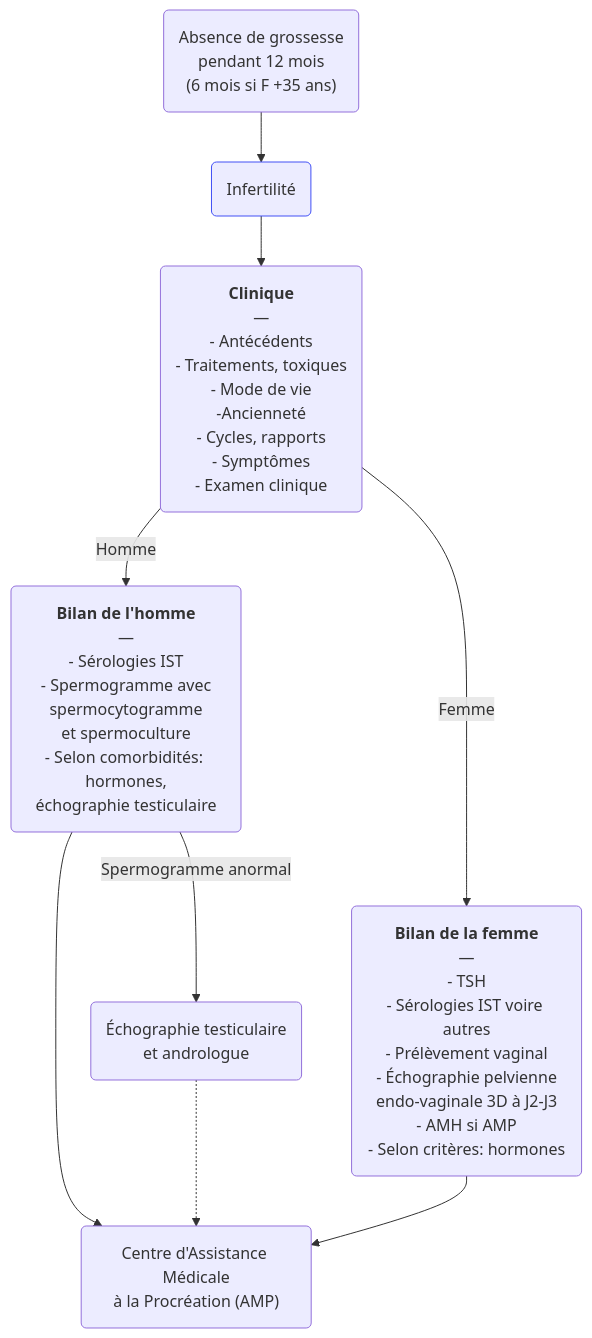
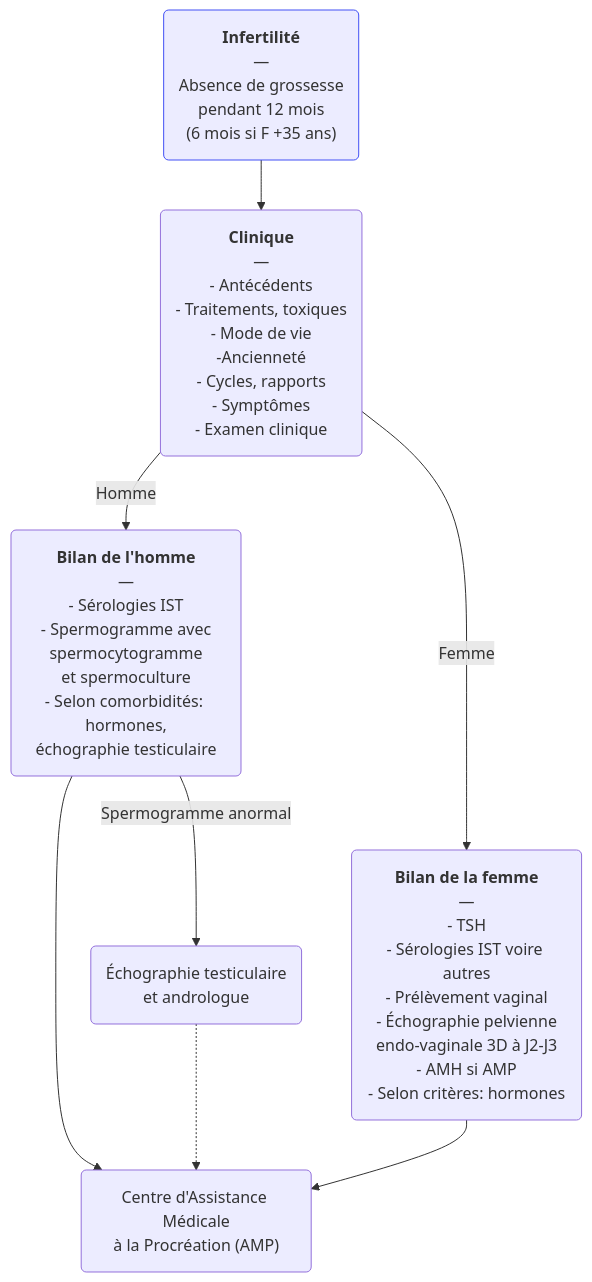
Before and after one commit to djibe/recommandations-medicales: the diagram in content/recommandations/infertilite-couple.md, drawn with Mermaid. The commit also changed 6 other files, not shown here.

```diff
--- a/content/recommandations/infertilite-couple.md
+++ b/content/recommandations/infertilite-couple.md
@@ -260,7 +260,7 @@
 {{< mermaid title="Prise en charge de l'infertilité du couple. Drs Alaedine Benani et JB Fron d'après CNGOF et ESHRE 2023, AFU">}}
 graph TB
-  grossesse("Absence de grossesse<br>pendant 12 mois<br>(6 mois si F +35 ans)") --> diagnostic(Infertilité) --> clinique("<b>Clinique</b><br>—<br>- Antécédents<br>- Traitements, toxiques<br>- Mode de vie<br>-Ancienneté<br>- Cycles, rapports<br>- Symptômes<br>- Examen clinique") -- Homme --> bilan("<b>Bilan de l'homme</b><br>—<br>- Sérologies IST<br>- Spermogramme avec<br>spermocytogramme<br>et spermoculture<br>- Selon comorbidités: hormones,<br>échographie testiculaire") --> AMP("Centre d'Assistance Médicale<br>à la Procréation (AMP)")
+  diagnostic("<b>Infertilité</b><br>—<br>Absence de grossesse<br>pendant 12 mois<br>(6 mois si F +35 ans)") --> clinique("<b>Clinique</b><br>—<br>- Antécédents<br>- Traitements, toxiques<br>- Mode de vie<br>-Ancienneté<br>- Cycles, rapports<br>- Symptômes<br>- Examen clinique") -- Homme --> bilan("<b>Bilan de l'homme</b><br>—<br>- Sérologies IST<br>- Spermogramme avec<br>spermocytogramme<br>et spermoculture<br>- Selon comorbidités: hormones,<br>échographie testiculaire") --> AMP("Centre d'Assistance Médicale<br>à la Procréation (AMP)")
     bilan -- Spermogramme anormal --> andrologue("Échographie testiculaire<br>et andrologue") -.-> AMP
   style diagnostic stroke:#4150f5, stroke-width:1px
     clinique -- Femme --> bilanFemme("<b>Bilan de la femme</b><br>—<br>- TSH<br>- Sérologies IST voire autres<br>- Prélèvement vaginal<br>- Échographie pelvienne<br>endo-vaginale 3D à J2-J3<br>- AMH si AMP<br>- Selon critères: hormones") --> AMP
 {{< /mermaid >}}
```
